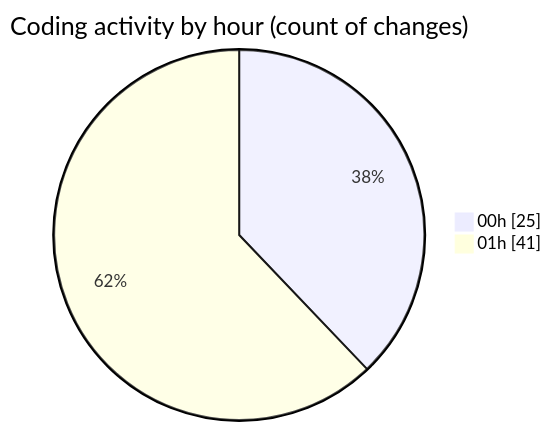
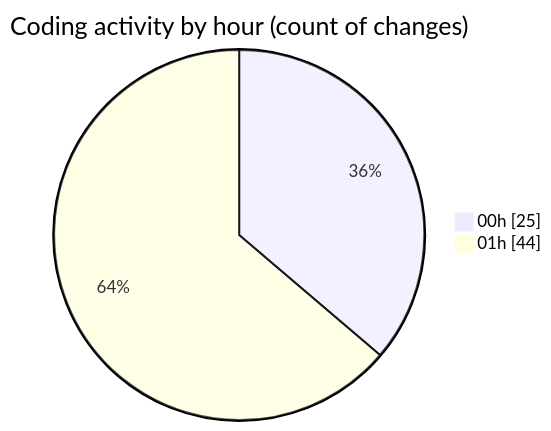
One commit to lephambinh05/code-tracking changed the second of 2 diagrams in 2025-07-14/rentotp/README.md. Above: the diagram before and after it, drawn with Mermaid. The commit also changed other lines of this file and 1 other file, not shown here.

````diff
--- a/2025-07-14/rentotp/README.md
+++ b/2025-07-14/rentotp/README.md
@@ -53,6 +54,6 @@
 ```mermaid
 pie showData
 title Coding activity by hour (count of changes)
 "00h" : 25
-"01h" : 41
+"01h" : 44
 ```
````
